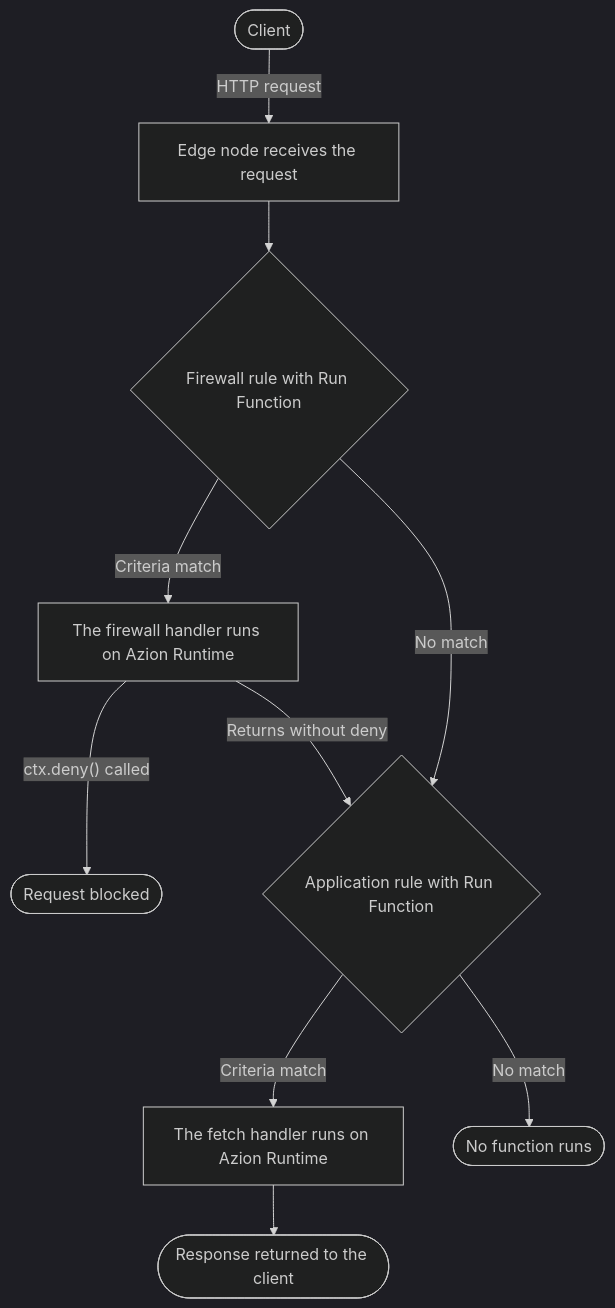
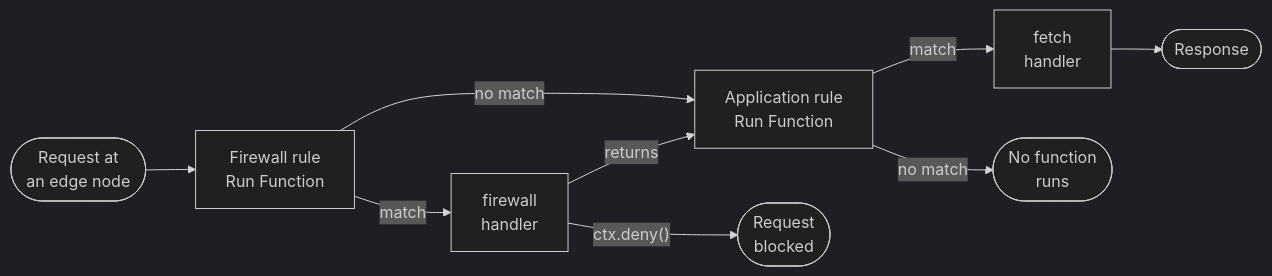
The first of 2 diagrams in src/content/docs/en/pages/main-menu/reference/build/edge-application/functions-how-it-works.mdx (souzavinny/azion-docs), drawn with Mermaid (dark theme) before and after one commit. The commit also changed other lines of this file and 4 other files, not shown here.

Commit message:
fix(functions): mermaid small adjustments

````diff
--- a/src/content/docs/en/pages/main-menu/reference/build/edge-application/functions-how-it-works.mdx
+++ b/src/content/docs/en/pages/main-menu/reference/build/edge-application/functions-how-it-works.mdx
@@ -22,12 +22,11 @@
 ```mermaid
-flowchart TD
-  Client([Client]) -->|HTTP request| Node[Edge node receives the request]
-  Node --> FwRule{Firewall rule with Run Function}
-  FwRule -->|Criteria match| FwHandler[The firewall handler runs on Azion Runtime]
-  FwHandler -->|"ctx.deny() called"| Blocked([Request blocked])
-  FwHandler -->|Returns without deny| AppRule{Application rule with Run Function}
-  FwRule -->|No match| AppRule
-  AppRule -->|Criteria match| Fetch[The fetch handler runs on Azion Runtime]
-  AppRule -->|No match| NoFn([No function runs])
-  Fetch --> Response([Response returned to the client])
+flowchart LR
+  Req(["Request at<br/>an edge node"]) --> FwRule["Firewall rule<br/>Run Function"]
+  FwRule -->|match| FwHandler["firewall<br/>handler"]
+  FwRule -->|no match| AppRule
+  FwHandler -->|"ctx.deny()"| Blocked(["Request<br/>blocked"])
+  FwHandler -->|returns| AppRule["Application rule<br/>Run Function"]
+  AppRule -->|match| Fetch["fetch<br/>handler"]
+  AppRule -->|no match| NoFn(["No function<br/>runs"])
+  Fetch --> Res(["Response"])
 ```
````
